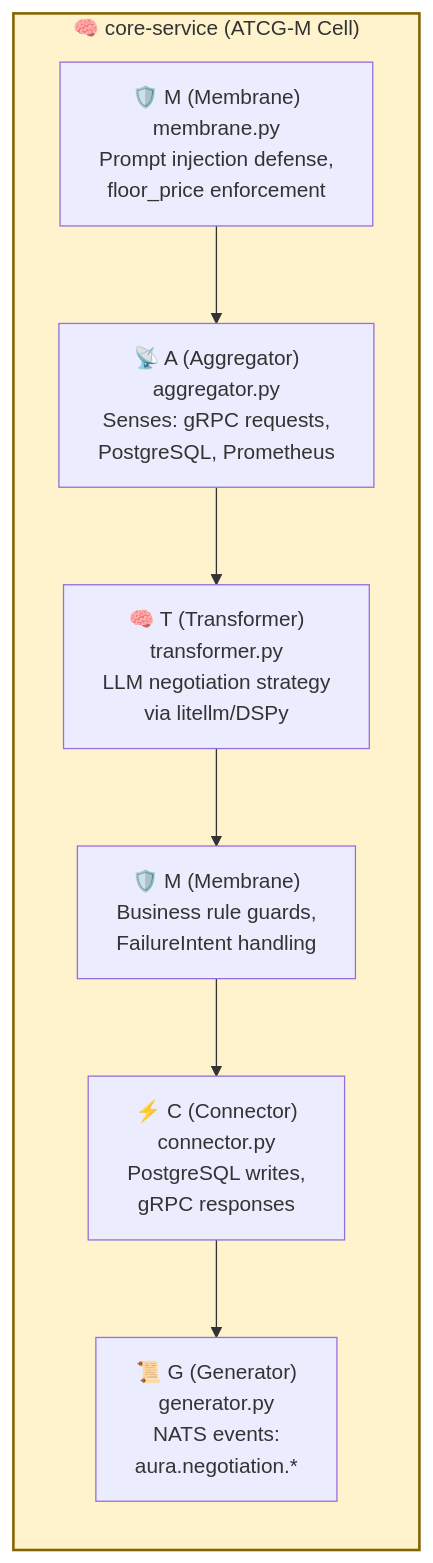
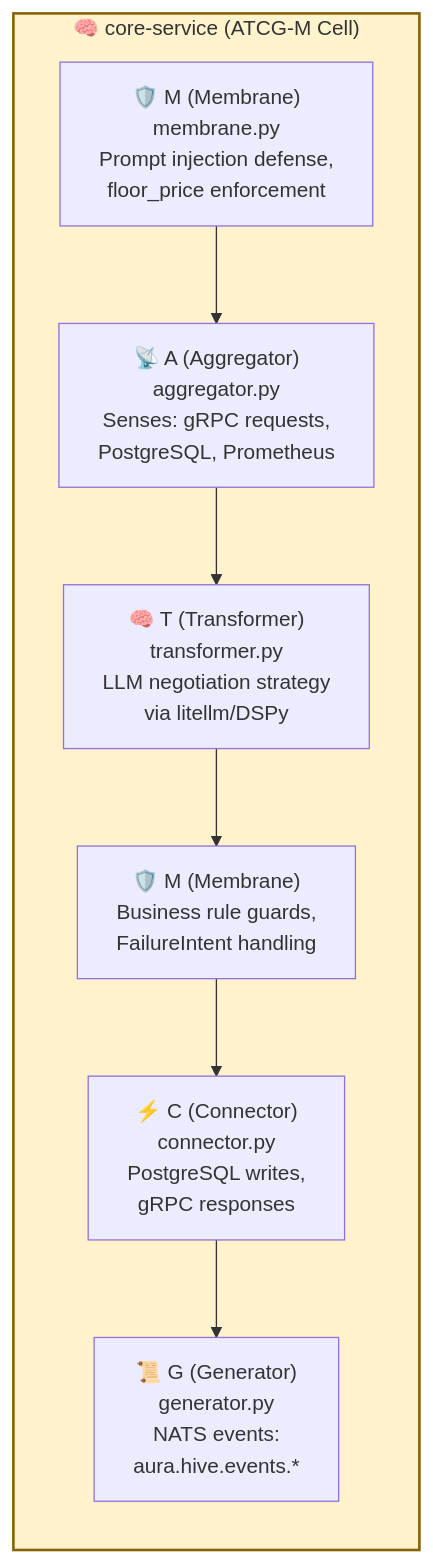
One commit to zaebee/aura changed the second of 3 diagrams in docs/visual/hive/atcg-fractal.md. Above: the diagram before and after it, drawn with Mermaid. The commit also changed other lines of this file and 7 other files, not shown here.

````diff
--- a/docs/visual/hive/atcg-fractal.md
+++ b/docs/visual/hive/atcg-fractal.md
@@ -61,16 +61,16 @@
 ```mermaid
 flowchart TB
     subgraph CoreService["🧠 core-service (ATCG-M Cell)"]
         direction TB
         M2_in["🛡️ M (Membrane)<br/>membrane.py<br/>Prompt injection defense,<br/>floor_price enforcement"]
         A2["📡 A (Aggregator)<br/>aggregator.py<br/>Senses: gRPC requests,<br/>PostgreSQL, Prometheus"]
         T2["🧠 T (Transformer)<br/>transformer.py<br/>LLM negotiation strategy<br/>via litellm/DSPy"]
         M2_out["🛡️ M (Membrane)<br/>Business rule guards,<br/>FailureIntent handling"]
         C2["⚡ C (Connector)<br/>connector.py<br/>PostgreSQL writes,<br/>gRPC responses"]
-        G2["📜 G (Generator)<br/>generator.py<br/>NATS events:<br/>aura.negotiation.*"]
+        G2["📜 G (Generator)<br/>generator.py<br/>NATS events:<br/>aura.hive.events.*"]
 
         M2_in --> A2 --> T2 --> M2_out --> C2 --> G2
     end
 
     style CoreService fill:#fff3cd,stroke:#856404,stroke-width:2px
 ```
````
